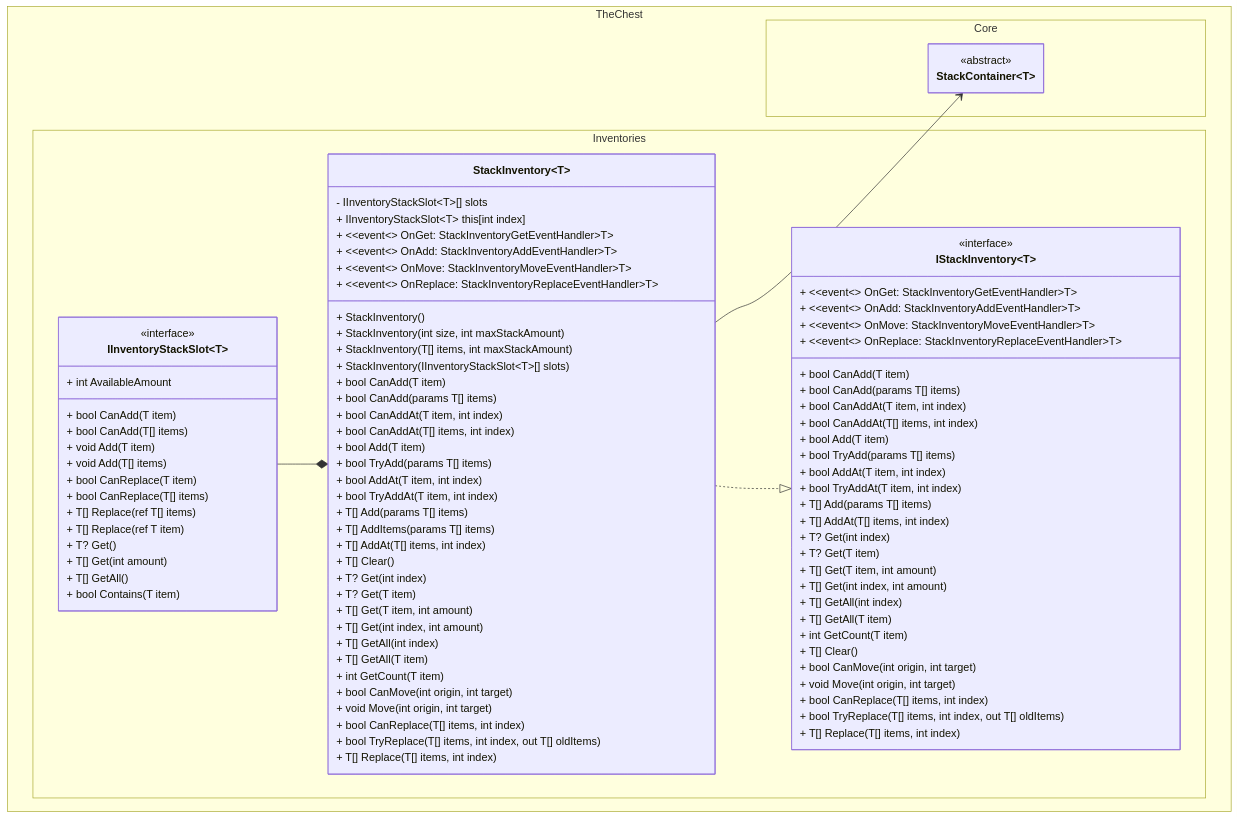
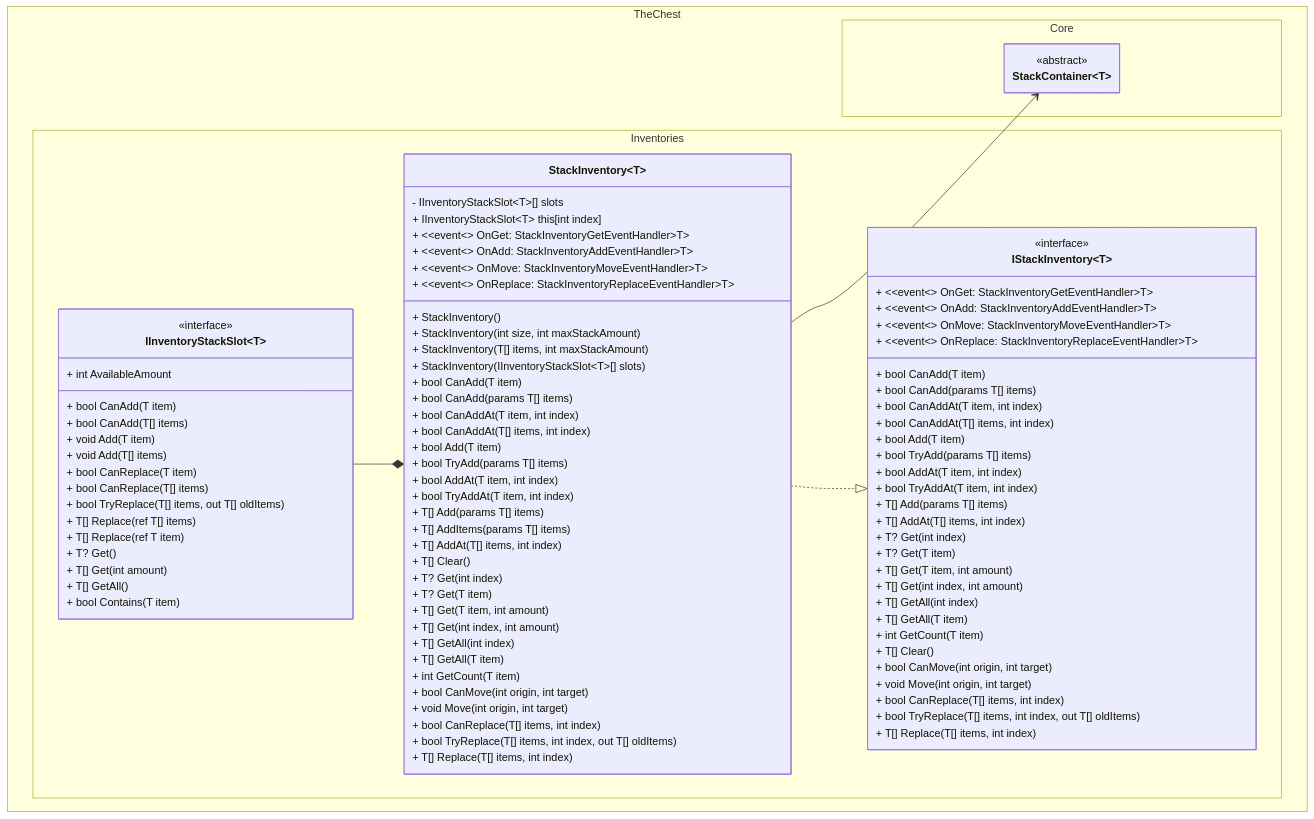
One commit to The-Chest/TheChest.Inventories changed the first of 2 diagrams in docs/stack_inventory/class_diagram.md. Above: the diagram before and after it, drawn with Mermaid. The commit also changed other lines of this file and 3 other files, not shown here.

```diff
--- a/docs/stack_inventory/class_diagram.md
+++ b/docs/stack_inventory/class_diagram.md
@@ -73,6 +73,7 @@
 
             + bool CanReplace(T item)
             + bool CanReplace(T[] items)
+            + bool TryReplace(T[] items, out T[] oldItems)
             + T[] Replace(ref T[] items)
             + T[] Replace(ref T item)
 
```
